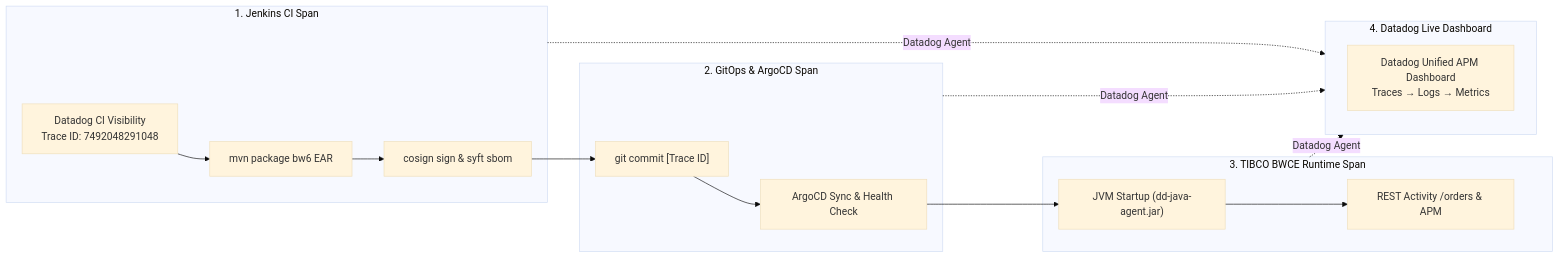
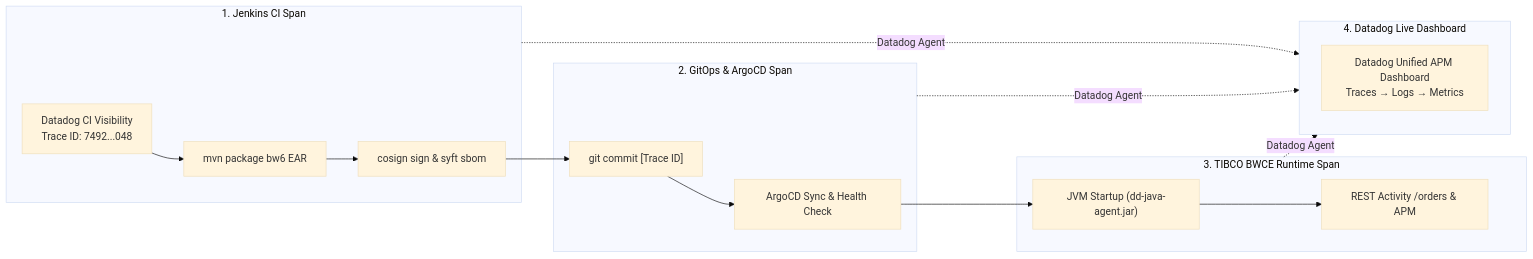
Before and after one commit to nubenetes/jenkins-without-git-parameter-bwce: diagram 11 of 11 in README.md, drawn with Mermaid (base theme). The commit also changed other lines of this file, not shown here.

Commit message:
docs: optimize Mermaid diagram labels, text wrapping, and sequence notes to prevent text truncation

````diff
--- a/README.md
+++ b/README.md
@@ -676,27 +676,27 @@
 ```mermaid
 flowchart LR
     subgraph PipelineSpan["1. Jenkins CI Span"]
-        JTrace["Datadog CI Visibility<br/>Trace ID: 7492048291048"]
+        JTrace["Datadog CI Visibility<br/>Trace ID: 7492...048"]
         JBuild["mvn package bw6 EAR"]
         JSign["cosign sign & syft sbom"]
     end
 
     subgraph GitOpsSpan["2. GitOps & ArgoCD Span"]
         GCommit["git commit [Trace ID]"]
         ASync["ArgoCD Sync & Health Check"]
     end
 
     subgraph AppRuntimeSpan["3. TIBCO BWCE Runtime Span"]
         AppStart["JVM Startup (dd-java-agent.jar)"]
         HTTPReq["REST Activity /orders & APM"]
     end
 
     subgraph UnifiedDatadog["4. Datadog Live Dashboard"]
         DDDash["Datadog Unified APM Dashboard<br/>Traces → Logs → Metrics"]
     end
 
     JTrace --> JBuild --> JSign --> GCommit --> ASync --> AppStart --> HTTPReq
     PipelineSpan -.->|"Datadog Agent"| UnifiedDatadog
     GitOpsSpan -.->|"Datadog Agent"| UnifiedDatadog
     AppRuntimeSpan -.->|"Datadog Agent"| UnifiedDatadog
 ```
````
